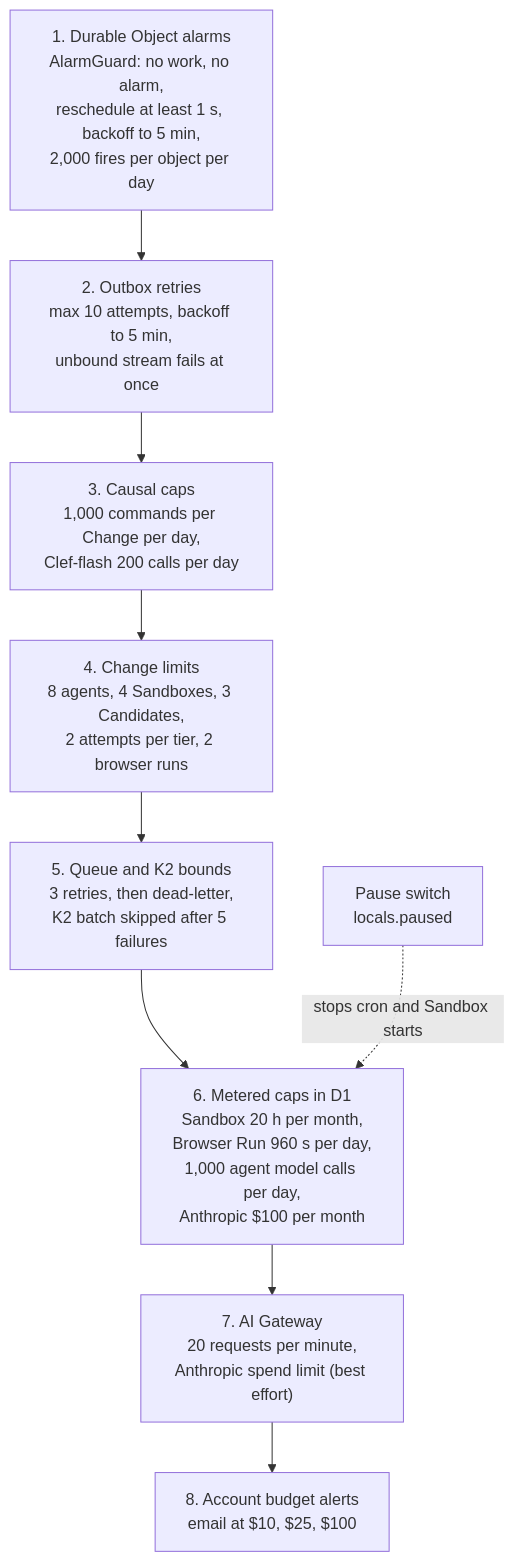
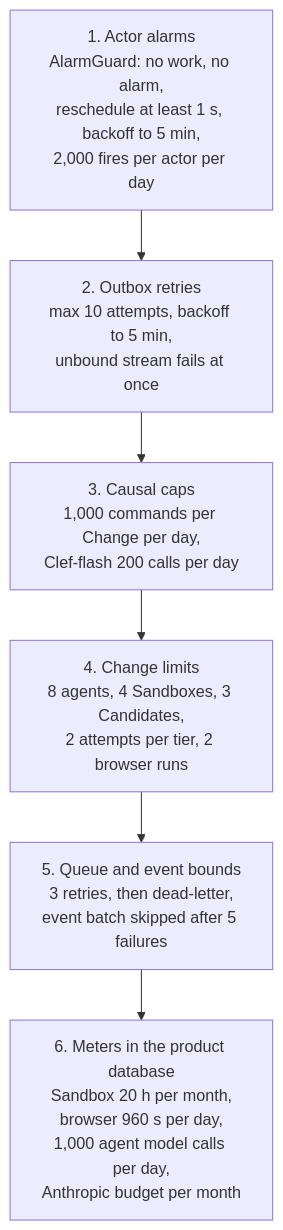
One commit to nsudhanva/rhumbatron changed the second of 2 diagrams in docs/architecture/infrastructure-and-cost.md. Above: the diagram before and after it, drawn with Mermaid. The commit also changed other lines of this file and 322 other files, not shown here.

````diff
--- a/docs/architecture/infrastructure-and-cost.md
+++ b/docs/architecture/infrastructure-and-cost.md
@@ -137,14 +155,10 @@
 ```mermaid
 flowchart TB
-  L1["1. Durable Object alarms<br/>AlarmGuard: no work, no alarm,<br/>reschedule at least 1 s, backoff to 5 min,<br/>2,000 fires per object per day"]
+  L1["1. Actor alarms<br/>AlarmGuard: no work, no alarm,<br/>reschedule at least 1 s, backoff to 5 min,<br/>2,000 fires per actor per day"]
   L2["2. Outbox retries<br/>max 10 attempts, backoff to 5 min,<br/>unbound stream fails at once"]
   L3["3. Causal caps<br/>1,000 commands per Change per day,<br/>Clef-flash 200 calls per day"]
   L4["4. Change limits<br/>8 agents, 4 Sandboxes, 3 Candidates,<br/>2 attempts per tier, 2 browser runs"]
-  L5["5. Queue and K2 bounds<br/>3 retries, then dead-letter,<br/>K2 batch skipped after 5 failures"]
-  L6["6. Metered caps in D1<br/>Sandbox 20 h per month,<br/>Browser Run 960 s per day,<br/>1,000 agent model calls per day,<br/>Anthropic $100 per month"]
-  L7["7. AI Gateway<br/>20 requests per minute,<br/>Anthropic spend limit (best effort)"]
-  L8["8. Account budget alerts<br/>email at $10, $25, $100"]
-  L9["Pause switch<br/>locals.paused"]
-  L1 --> L2 --> L3 --> L4 --> L5 --> L6 --> L7 --> L8
-  L9 -.->|"stops cron and Sandbox starts"| L6
+  L5["5. Queue and event bounds<br/>3 retries, then dead-letter,<br/>event batch skipped after 5 failures"]
+  L6["6. Meters in the product database<br/>Sandbox 20 h per month,<br/>browser 960 s per day,<br/>1,000 agent model calls per day,<br/>Anthropic budget per month"]
+  L1 --> L2 --> L3 --> L4 --> L5 --> L6
 ```
````
